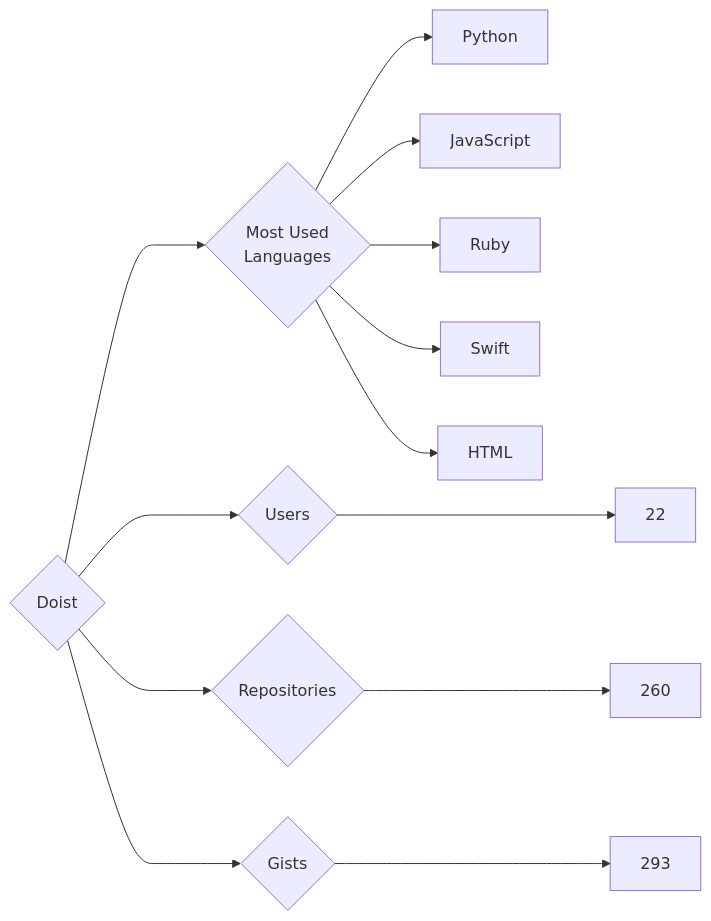
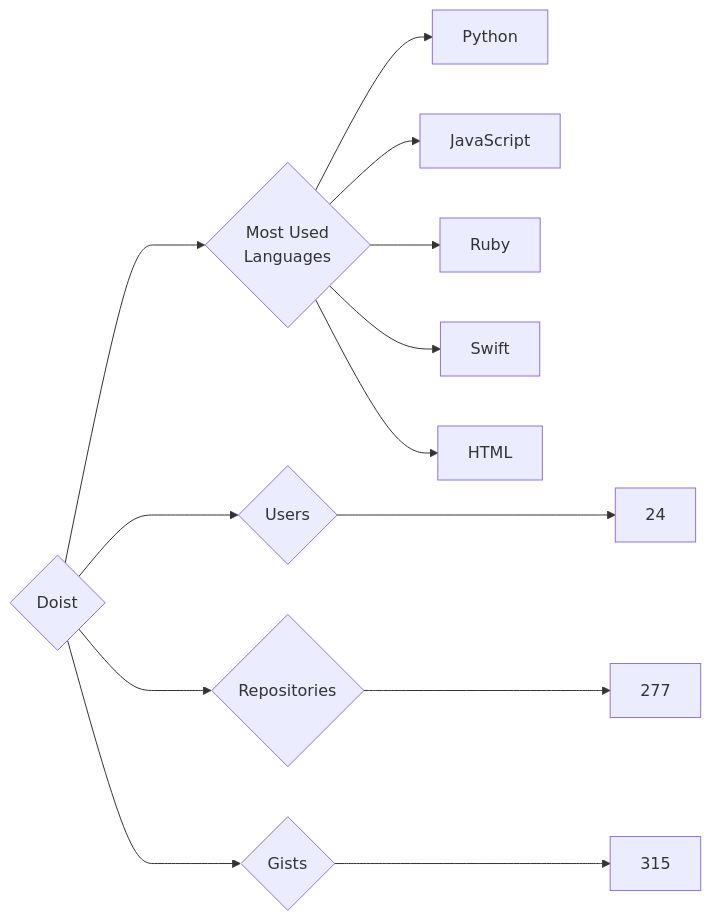
The diagram in targets/Doist/README.md (trickest/insiders), drawn with Mermaid before and after one commit. The commit also changed 723 other files, not shown here.

````diff
--- a/targets/Doist/README.md
+++ b/targets/Doist/README.md
@@ -3,13 +3,13 @@
 ```mermaid
 graph LR
 COMPANY_NAME{Doist}
-COMPANY_NAME ---> U{Users} ---> UN[22]
-COMPANY_NAME ---> R{Repositories} ---> RN[260]
-COMPANY_NAME ---> G{Gists} ---> GN[293]
+COMPANY_NAME ---> U{Users} ---> UN[24]
+COMPANY_NAME ---> R{Repositories} ---> RN[277]
+COMPANY_NAME ---> G{Gists} ---> GN[315]
 COMPANY_NAME ---> ML{Most Used<br>Languages}
 ML --> Python[Python]
 ML --> JavaScript[JavaScript]
 ML --> Ruby[Ruby]
 ML --> Swift[Swift]
 ML --> HTML[HTML]
 ```
````
